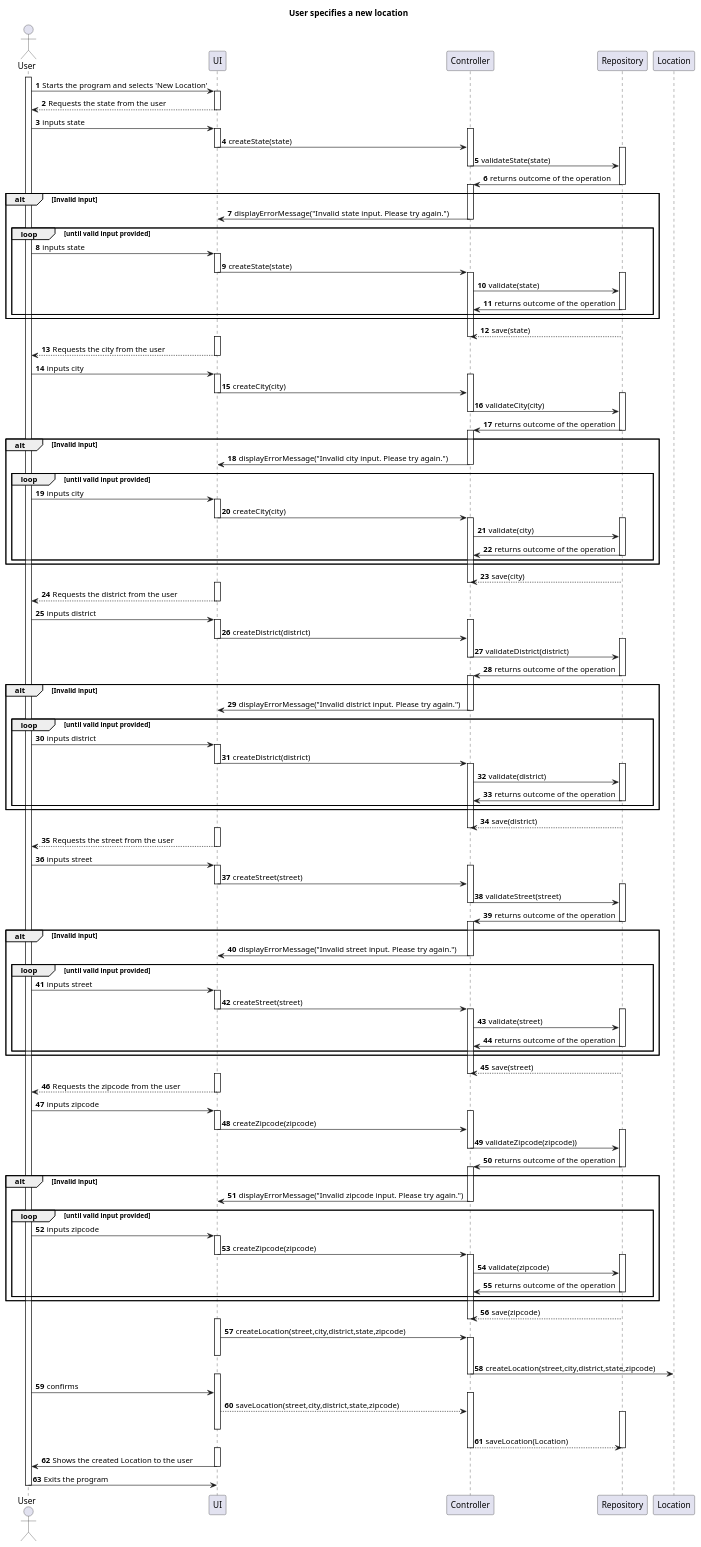
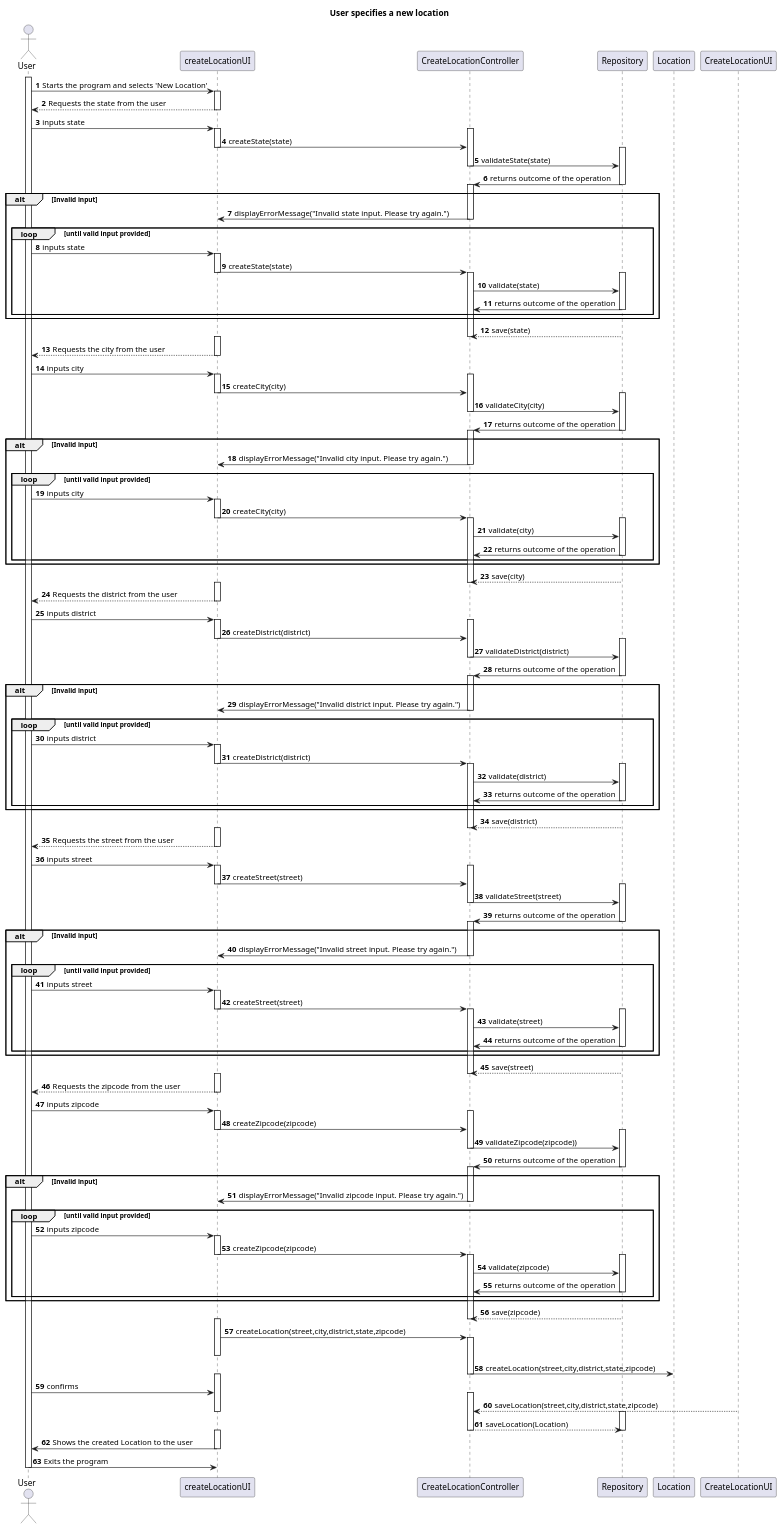
The diagram in docs/sprintB/US006/03.design/puml/SD_full.puml (tiagohcorreia/LAPR2), drawn with PlantUML before and after one commit.

Commit message:
SD_full.puml

```diff
--- a/docs/sprintB/US006/03.design/puml/SD_full.puml
+++ b/docs/sprintB/US006/03.design/puml/SD_full.puml
@@ -3,221 +3,222 @@
 title User specifies a new location
 
 actor User
-participant UI
-participant Controller
+participant createLocationUI
+participant CreateLocationController
 participant Repository
 
 activate User
-User -> UI: Starts the program and selects 'New Location'
-activate UI
-UI --> User: Requests the state from the user
-deactivate UI
-User -> UI : inputs state
-activate UI
-activate Controller
-UI -> Controller: createState(state)
-deactivate UI
+User -> createLocationUI: Starts the program and selects 'New Location'
+activate createLocationUI
+createLocationUI --> User: Requests the state from the user
+deactivate createLocationUI
+User -> createLocationUI : inputs state
+activate createLocationUI
+activate CreateLocationController
+createLocationUI -> CreateLocationController: createState(state)
+deactivate createLocationUI
 activate Repository
-Controller ->Repository : validateState(state)
-deactivate Controller
-Repository -> Controller : returns outcome of the operation
+CreateLocationController ->Repository : validateState(state)
+deactivate CreateLocationController
+Repository -> CreateLocationController : returns outcome of the operation
 deactivate Repository
 
-deactivate UI
+deactivate createLocationUI
 alt Invalid input
-    activate Controller
-    Controller -> UI: displayErrorMessage("Invalid state input. Please try again.")
-    deactivate Controller
+    activate CreateLocationController
+    CreateLocationController -> createLocationUI: displayErrorMessage("Invalid state input. Please try again.")
+    deactivate CreateLocationController
     loop until valid input provided
-        User -> UI: inputs state
-        activate UI
-        UI -> Controller: createState(state)
-        deactivate UI
-        activate Controller
+        User -> createLocationUI: inputs state
+        activate createLocationUI
+        createLocationUI -> CreateLocationController: createState(state)
+        deactivate createLocationUI
+        activate CreateLocationController
         activate Repository
-        Controller -> Repository : validate(state)
-        Repository -> Controller : returns outcome of the operation
+        CreateLocationController -> Repository : validate(state)
+        Repository -> CreateLocationController : returns outcome of the operation
         deactivate Repository
 
     end
 end
 
-Repository --> Controller: save(state)
+Repository --> CreateLocationController: save(state)
 deactivate Repository
 
-deactivate Controller
+deactivate CreateLocationController
 
-activate UI
-UI --> User: Requests the city from the user
-deactivate UI
-User -> UI : inputs city
-activate UI
-activate Controller
-UI -> Controller: createCity(city)
-deactivate UI
+activate createLocationUI
+createLocationUI --> User: Requests the city from the user
+deactivate createLocationUI
+User -> createLocationUI : inputs city
+activate createLocationUI
+activate CreateLocationController
+createLocationUI -> CreateLocationController: createCity(city)
+deactivate createLocationUI
 activate Repository
-Controller ->Repository : validateCity(city)
-deactivate Controller
-Repository -> Controller : returns outcome of the operation
+CreateLocationController ->Repository : validateCity(city)
+deactivate CreateLocationController
+Repository -> CreateLocationController : returns outcome of the operation
 deactivate Repository
 
-deactivate UI
+deactivate createLocationUI
 alt Invalid input
-    activate Controller
-    Controller -> UI: displayErrorMessage("Invalid city input. Please try again.")
-    deactivate Controller
+    activate CreateLocationController
+    CreateLocationController -> createLocationUI: displayErrorMessage("Invalid city input. Please try again.")
+    deactivate CreateLocationController
     loop until valid input provided
-        User -> UI: inputs city
-        activate UI
-        UI -> Controller: createCity(city)
-        deactivate UI
-        activate Controller
+        User -> createLocationUI: inputs city
+        activate createLocationUI
+        createLocationUI -> CreateLocationController: createCity(city)
+        deactivate createLocationUI
+        activate CreateLocationController
         activate Repository
-        Controller -> Repository : validate(city)
-        Repository -> Controller : returns outcome of the operation
+        CreateLocationController -> Repository : validate(city)
+        Repository -> CreateLocationController : returns outcome of the operation
         deactivate Repository
 
     end
 end
 
-Repository --> Controller: save(city)
+Repository --> CreateLocationController: save(city)
 deactivate Repository
 
-deactivate Controller
+deactivate CreateLocationController
 
-activate UI
-UI --> User: Requests the district from the user
-deactivate UI
-User -> UI : inputs district
-activate UI
-activate Controller
-UI -> Controller: createDistrict(district)
-deactivate UI
+activate createLocationUI
+createLocationUI --> User: Requests the district from the user
+deactivate createLocationUI
+User -> createLocationUI : inputs district
+activate createLocationUI
+activate CreateLocationController
+createLocationUI -> CreateLocationController: createDistrict(district)
+deactivate createLocationUI
 activate Repository
-Controller ->Repository : validateDistrict(district)
-deactivate Controller
-Repository -> Controller : returns outcome of the operation
+CreateLocationController ->Repository : validateDistrict(district)
+deactivate CreateLocationController
+Repository -> CreateLocationController : returns outcome of the operation
 deactivate Repository
 
-deactivate UI
+deactivate createLocationUI
 alt Invalid input
-    activate Controller
-    Controller -> UI: displayErrorMessage("Invalid district input. Please try again.")
-    deactivate Controller
+    activate CreateLocationController
+    CreateLocationController -> createLocationUI: displayErrorMessage("Invalid district input. Please try again.")
+    deactivate CreateLocationController
     loop until valid input provided
-        User -> UI: inputs district
-        activate UI
-        UI -> Controller: createDistrict(district)
-        deactivate UI
-        activate Controller
+        User -> createLocationUI: inputs district
+        activate createLocationUI
+        createLocationUI -> CreateLocationController: createDistrict(district)
+        deactivate createLocationUI
+        activate CreateLocationController
         activate Repository
-        Controller -> Repository : validate(district)
-        Repository -> Controller : returns outcome of the operation
+        CreateLocationController -> Repository : validate(district)
+        Repository -> CreateLocationController : returns outcome of the operation
         deactivate Repository
 
     end
 end
 
-Repository --> Controller: save(district)
+Repository --> CreateLocationController: save(district)
 deactivate Repository
 
-deactivate Controller
+deactivate CreateLocationController
 
-activate UI
-UI --> User: Requests the street from the user
-deactivate UI
-User -> UI : inputs street
-activate UI
-activate Controller
-UI -> Controller: createStreet(street)
-deactivate UI
+activate createLocationUI
+createLocationUI --> User: Requests the street from the user
+deactivate createLocationUI
+User -> createLocationUI : inputs street
+activate createLocationUI
+activate CreateLocationController
+createLocationUI -> CreateLocationController: createStreet(street)
+deactivate createLocationUI
 activate Repository
-Controller ->Repository : validateStreet(street)
-deactivate Controller
-Repository -> Controller : returns outcome of the operation
+CreateLocationController ->Repository : validateStreet(street)
+deactivate CreateLocationController
+Repository -> CreateLocationController : returns outcome of the operation
 deactivate Repository
 
-deactivate UI
+deactivate createLocationUI
 alt Invalid input
-    activate Controller
-    Controller -> UI: displayErrorMessage("Invalid street input. Please try again.")
-    deactivate Controller
+    activate CreateLocationController
+    CreateLocationController -> createLocationUI: displayErrorMessage("Invalid street input. Please try again.")
+    deactivate CreateLocationController
     loop until valid input provided
-        User -> UI: inputs street
-        activate UI
-        UI -> Controller: createStreet(street)
-        deactivate UI
-        activate Controller
+        User -> createLocationUI: inputs street
+        activate createLocationUI
+        createLocationUI -> CreateLocationController: createStreet(street)
+        deactivate createLocationUI
+        activate CreateLocationController
         activate Repository
-        Controller -> Repository : validate(street)
-        Repository -> Controller : returns outcome of the operation
+        CreateLocationController -> Repository : validate(street)
+        Repository -> CreateLocationController : returns outcome of the operation
         deactivate Repository
 
     end
 end
 
-Repository --> Controller: save(street)
+Repository --> CreateLocationController: save(street)
 deactivate Repository
 
-deactivate Controller
+deactivate CreateLocationController
 
-activate UI
-UI --> User: Requests the zipcode from the user
-deactivate UI
-User -> UI : inputs zipcode
-activate UI
-activate Controller
-UI -> Controller: createZipcode(zipcode)
-deactivate UI
+activate createLocationUI
+createLocationUI --> User: Requests the zipcode from the user
+deactivate createLocationUI
+User -> createLocationUI : inputs zipcode
+activate createLocationUI
+activate CreateLocationController
+createLocationUI -> CreateLocationController: createZipcode(zipcode)
+deactivate createLocationUI
 activate Repository
-Controller ->Repository : validateZipcode(zipcode))
-deactivate Controller
-Repository -> Controller : returns outcome of the operation
+CreateLocationController ->Repository : validateZipcode(zipcode))
+deactivate CreateLocationController
+Repository -> CreateLocationController : returns outcome of the operation
 deactivate Repository
 
-deactivate UI
+deactivate createLocationUI
 alt Invalid input
-    activate Controller
-    Controller -> UI: displayErrorMessage("Invalid zipcode input. Please try again.")
-    deactivate Controller
+    activate CreateLocationController
+    CreateLocationController -> createLocationUI: displayErrorMessage("Invalid zipcode input. Please try again.")
+    deactivate CreateLocationController
     loop until valid input provided
-        User -> UI: inputs zipcode
-        activate UI
-        UI -> Controller: createZipcode(zipcode)
-        deactivate UI
-        activate Controller
+        User -> createLocationUI: inputs zipcode
+        activate createLocationUI
+        createLocationUI -> CreateLocationController: createZipcode(zipcode)
+        deactivate createLocationUI
+        activate CreateLocationController
         activate Repository
-        Controller -> Repository : validate(zipcode)
-        Repository -> Controller : returns outcome of the operation
+        CreateLocationController -> Repository : validate(zipcode)
+        Repository -> CreateLocationController : returns outcome of the operation
         deactivate Repository
 
     end
 end
 
-Repository --> Controller: save(zipcode)
+Repository --> CreateLocationController: save(zipcode)
 deactivate Repository
 
-deactivate Controller
+deactivate CreateLocationController
 
 
-activate UI
-UI -> Controller : createLocation(street,city,district,state,zipcode)
-activate Controller
-deactivate UI
-Controller -> Location : createLocation(street,city,district,state,zipcode)
-deactivate Controller
-activate UI
-User -> UI : confirms
-activate Controller
-UI --> Controller: saveLocation(street,city,district,state,zipcode)
+activate createLocationUI
+createLocationUI -> CreateLocationController : createLocation(street,city,district,state,zipcode)
+activate CreateLocationController
+deactivate createLocationUI
+CreateLocationController -> Location : createLocation(street,city,district,state,zipcode)
+deactivate CreateLocationController
+activate createLocationUI
+User -> createLocationUI : confirms
+activate CreateLocationController
+CreateLocationUI --> CreateLocationController: saveLocation(street,city,district,state,zipcode)
+
+deactivate createLocationUI
 activate Repository
-deactivate UI
-Controller --> Repository: saveLocation(Location)
-deactivate Controller
+CreateLocationController --> Repository: saveLocation(Location)
+deactivate CreateLocationController
 deactivate Repository
-activate UI
-UI -> User: Shows the created Location to the user
-deactivate UI
-User -> UI: Exits the program
+activate createLocationUI
+createLocationUI -> User: Shows the created Location to the user
+deactivate createLocationUI
+User -> createLocationUI: Exits the program
 deactivate User
 @enduml
```
